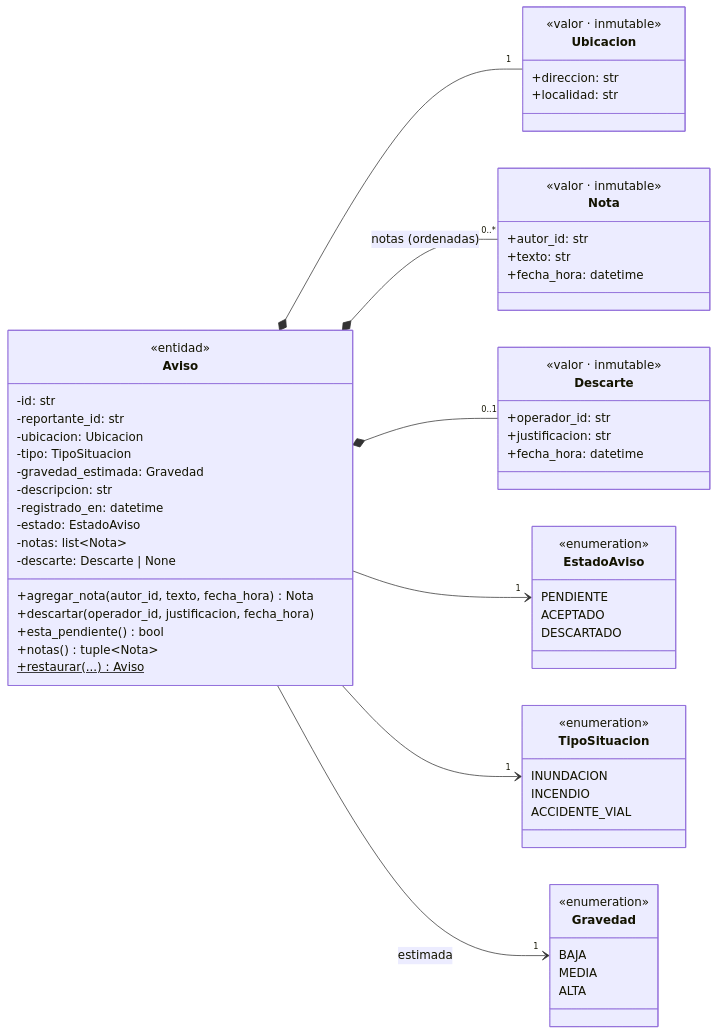
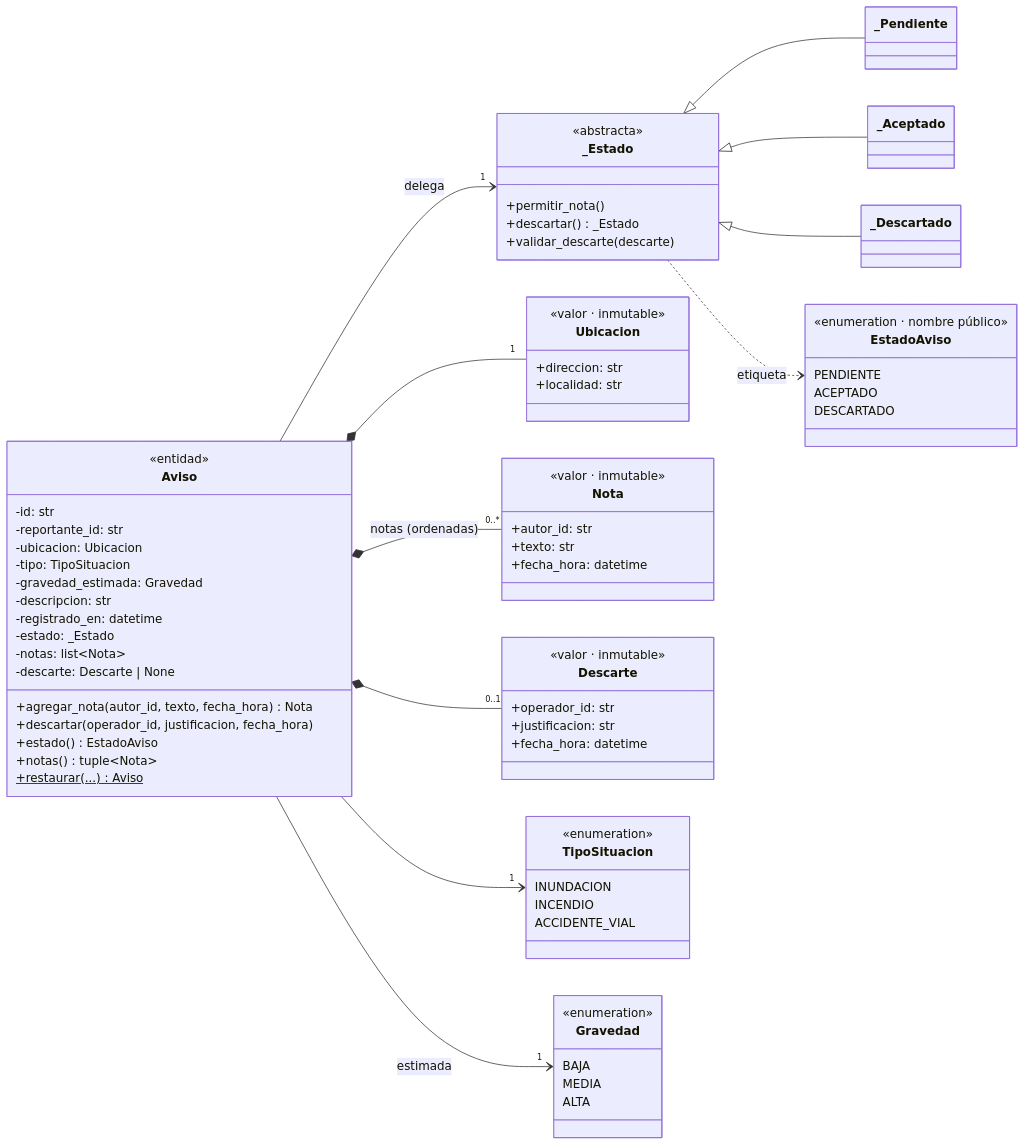
The first of 2 diagrams in docs/avance-1.md (franacu/ProyectoFinal-PP5), drawn with Mermaid before and after one commit. The commit also changed other lines of this file and 2 other files, not shown here.

````diff
--- a/docs/avance-1.md
+++ b/docs/avance-1.md
@@ -18,15 +18,26 @@
         -gravedad_estimada: Gravedad
         -descripcion: str
         -registrado_en: datetime
-        -estado: EstadoAviso
+        -estado: _Estado
         -notas: list~Nota~
         -descarte: Descarte | None
         +agregar_nota(autor_id, texto, fecha_hora) Nota
         +descartar(operador_id, justificacion, fecha_hora)
-        +esta_pendiente() bool
+        +estado() EstadoAviso
         +notas() tuple~Nota~
         +restaurar(...)$ Aviso
     }
+
+    class _Estado {
+        <<abstracta>>
+        +permitir_nota()
+        +descartar() _Estado
+        +validar_descarte(descarte)
+    }
+
+    class _Pendiente
+    class _Aceptado
+    class _Descartado
 
     class Ubicacion {
         <<valor · inmutable>>
@@ -49,7 +60,7 @@
     }
 
     class EstadoAviso {
-        <<enumeration>>
+        <<enumeration · nombre público>>
         PENDIENTE
         ACEPTADO
         DESCARTADO
@@ -72,7 +83,11 @@
     Aviso *-- "1" Ubicacion
     Aviso *-- "0..*" Nota : notas (ordenadas)
     Aviso *-- "0..1" Descarte
-    Aviso --> "1" EstadoAviso
+    Aviso --> "1" _Estado : delega
+    _Estado <|-- _Pendiente
+    _Estado <|-- _Aceptado
+    _Estado <|-- _Descartado
+    _Estado ..> EstadoAviso : etiqueta
     Aviso --> "1" TipoSituacion
     Aviso --> "1" Gravedad : estimada
 ```
````
